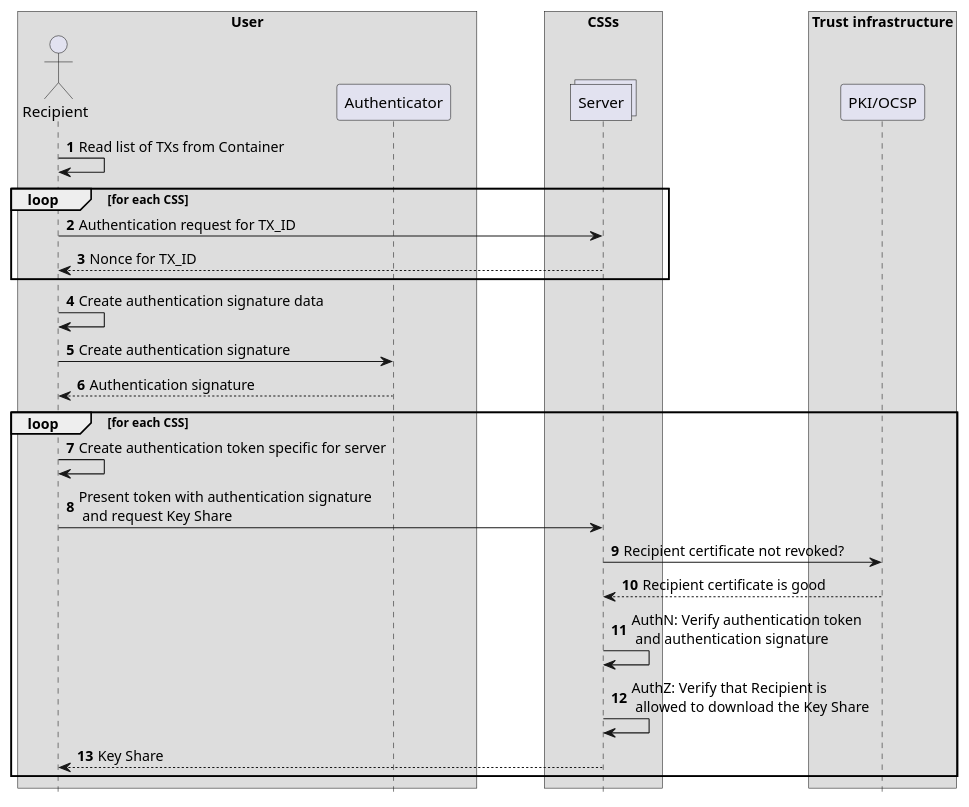
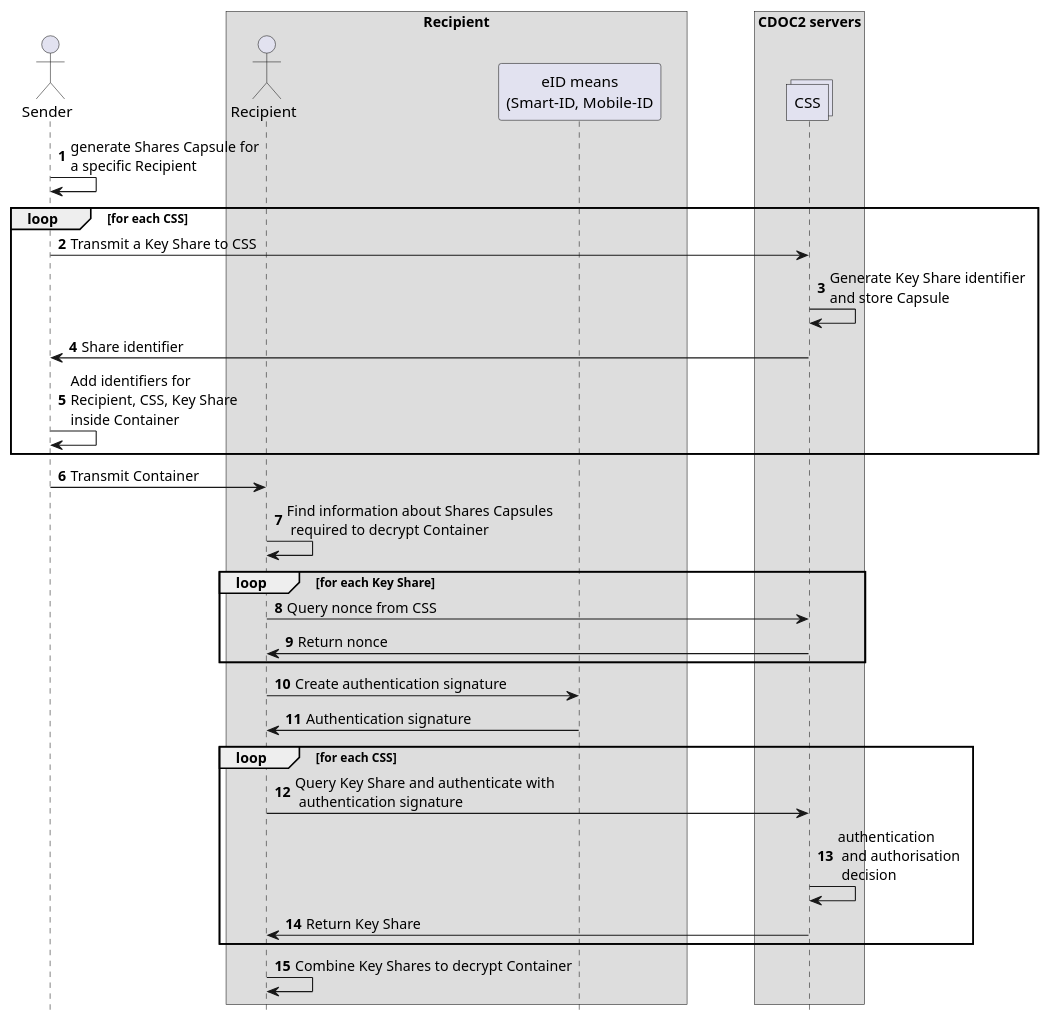
One commit to open-eid/CDOC2 changed the diagram in cdoc2-system-docs/docs/03_system_architecture/ch05_shares_server.md. Above: the diagram before and after it, drawn with PlantUML. The commit also changed other lines of this file and 11 other files, not shown here.

````diff
--- a/cdoc2-system-docs/docs/03_system_architecture/ch05_shares_server.md
+++ b/cdoc2-system-docs/docs/03_system_architecture/ch05_shares_server.md
@@ -35,39 +33,41 @@
 ```plantuml
 @startuml
 skinparam ParticipantPadding 20
 skinparam BoxPadding 30
 hide footbox
 autonumber
 
-box "User"
-Actor Recipient as R
-participant Authenticator as A
+Actor Sender as Sender
+
+box "Recipient"
+Actor Recipient as Recipient
+participant "eID means\n(Smart-ID, Mobile-ID" as eID
 end box
 
-box "CSSs"
-collections Server as S
+box "CDOC2 servers"
+collections "CSS" as Server
 end box
 
-box "Trust infrastructure"
-participant "PKI/OCSP" as PKI
-end box
-
-R -> R: Read list of TXs from Container
+Sender -> Sender: generate Shares Capsule for\na specific Recipient
 loop for each CSS
-    R -> S: Authentication request for TX_ID
-    S --> R: Nonce for TX_ID
+    Sender -> Server: Transmit a Key Share to CSS
+    Server -> Server: Generate Key Share identifier\nand store Capsule
+    Server -> Sender: Share identifier
+    Sender -> Sender: Add identifiers for \nRecipient, CSS, Key Share\ninside Container
 end
-R -> R: Create authentication signature data
-R -> A: Create authentication signature
-A --> R: Authentication signature
+Sender -> Recipient: Transmit Container
+Recipient -> Recipient: Find information about Shares Capsules \n required to decrypt Container
+loop for each Key Share
+    Recipient -> Server: Query nonce from CSS
+    Server -> Recipient: Return nonce
+end
+Recipient -> eID: Create authentication signature
+eID -> Recipient: Authentication signature
 loop for each CSS
-    R -> R: Create authentication token specific for server
-    R -> S: Present token with authentication signature \n and request Key Share
-    S -> PKI: Recipient certificate not revoked?
-    PKI --> S: Recipient certificate is good
-    S -> S: AuthN: Verify authentication token \n and authentication signature
-    S -> S: AuthZ: Verify that Recipient is \n allowed to download the Key Share
-    S --> R: Key Share
+    Recipient -> Server: Query Key Share and authenticate with \n authentication signature
+    Server -> Server: authentication\n and authorisation\n decision
+    Server -> Recipient: Return Key Share
 end
+Recipient -> Recipient: Combine Key Shares to decrypt Container
 @enduml
 ```
````
